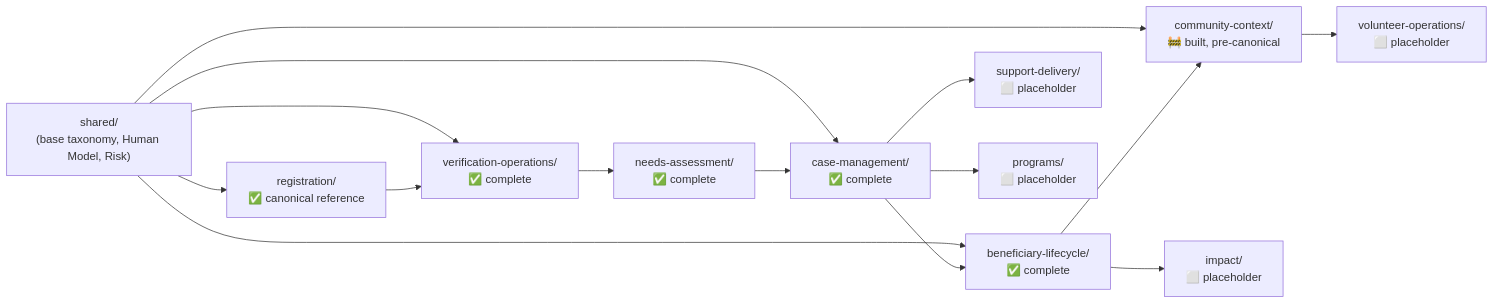
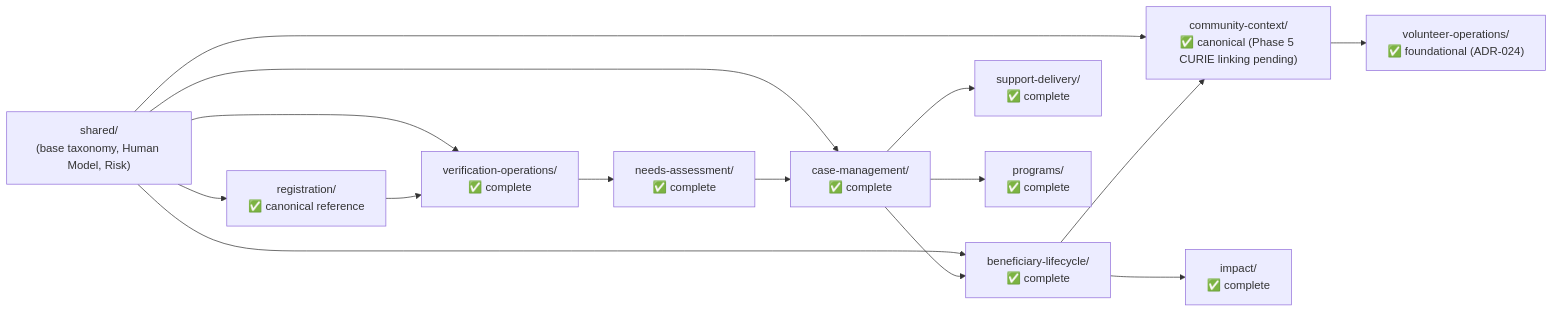
Before and after one commit to Daniyal-10/Khidmat-Domain-layer: the second of 2 diagrams in khidmat-knowledge/README.md, drawn with Mermaid. The commit also changed other lines of this file and 45 other files, not shown here.

First line of the commit message:
feat(knowledge): complete canonical migration for verification operations and needs assessment

````diff
--- a/khidmat-knowledge/README.md
+++ b/khidmat-knowledge/README.md
@@ -219,17 +226,17 @@
 ```mermaid
 flowchart LR
     Shared["shared/<br/>(base taxonomy, Human Model, Risk)"] --> Registration["registration/<br/>✅ canonical reference"]
     Shared --> Verification["verification-operations/<br/>✅ complete"]
     Registration --> Verification
     Verification --> NeedsAssessment["needs-assessment/<br/>✅ complete"]
     Shared --> CaseManagement["case-management/<br/>✅ complete"]
     NeedsAssessment --> CaseManagement
     Shared --> BeneficiaryLifecycle["beneficiary-lifecycle/<br/>✅ complete"]
     CaseManagement --> BeneficiaryLifecycle
-    Shared --> CommunityContext["community-context/<br/>🚧 built, pre-canonical"]
+    Shared --> CommunityContext["community-context/<br/>✅ canonical (Phase 5 CURIE linking pending)"]
     BeneficiaryLifecycle --> CommunityContext
-    CaseManagement --> SupportDelivery["support-delivery/<br/>⬜ placeholder"]
-    CommunityContext --> VolunteerOps["volunteer-operations/<br/>⬜ placeholder"]
-    BeneficiaryLifecycle --> Impact["impact/<br/>⬜ placeholder"]
-    CaseManagement --> Programs["programs/<br/>⬜ placeholder"]
+    CaseManagement --> SupportDelivery["support-delivery/<br/>✅ complete"]
+    CommunityContext --> VolunteerOps["volunteer-operations/<br/>✅ foundational (ADR-024)"]
+    BeneficiaryLifecycle --> Impact["impact/<br/>✅ complete"]
+    CaseManagement --> Programs["programs/<br/>✅ complete"]
 ```
````
